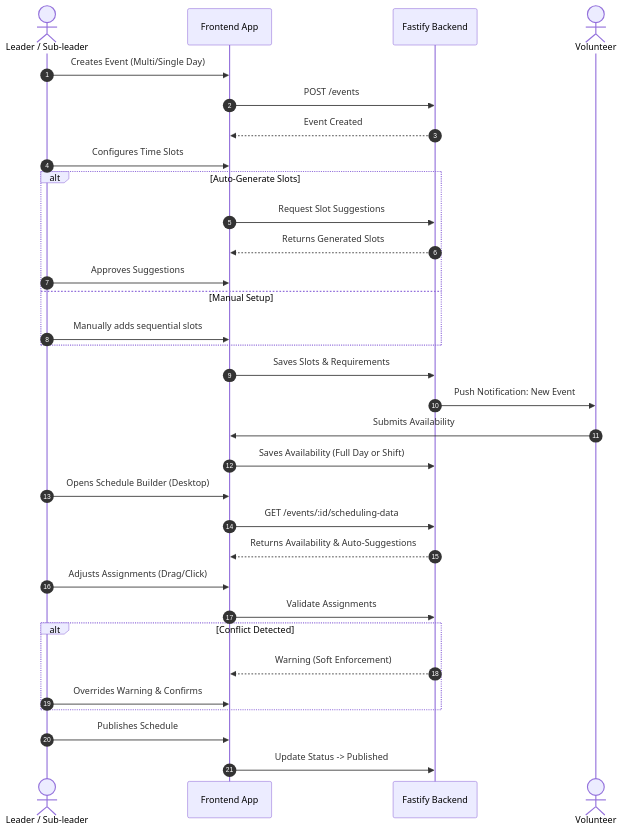
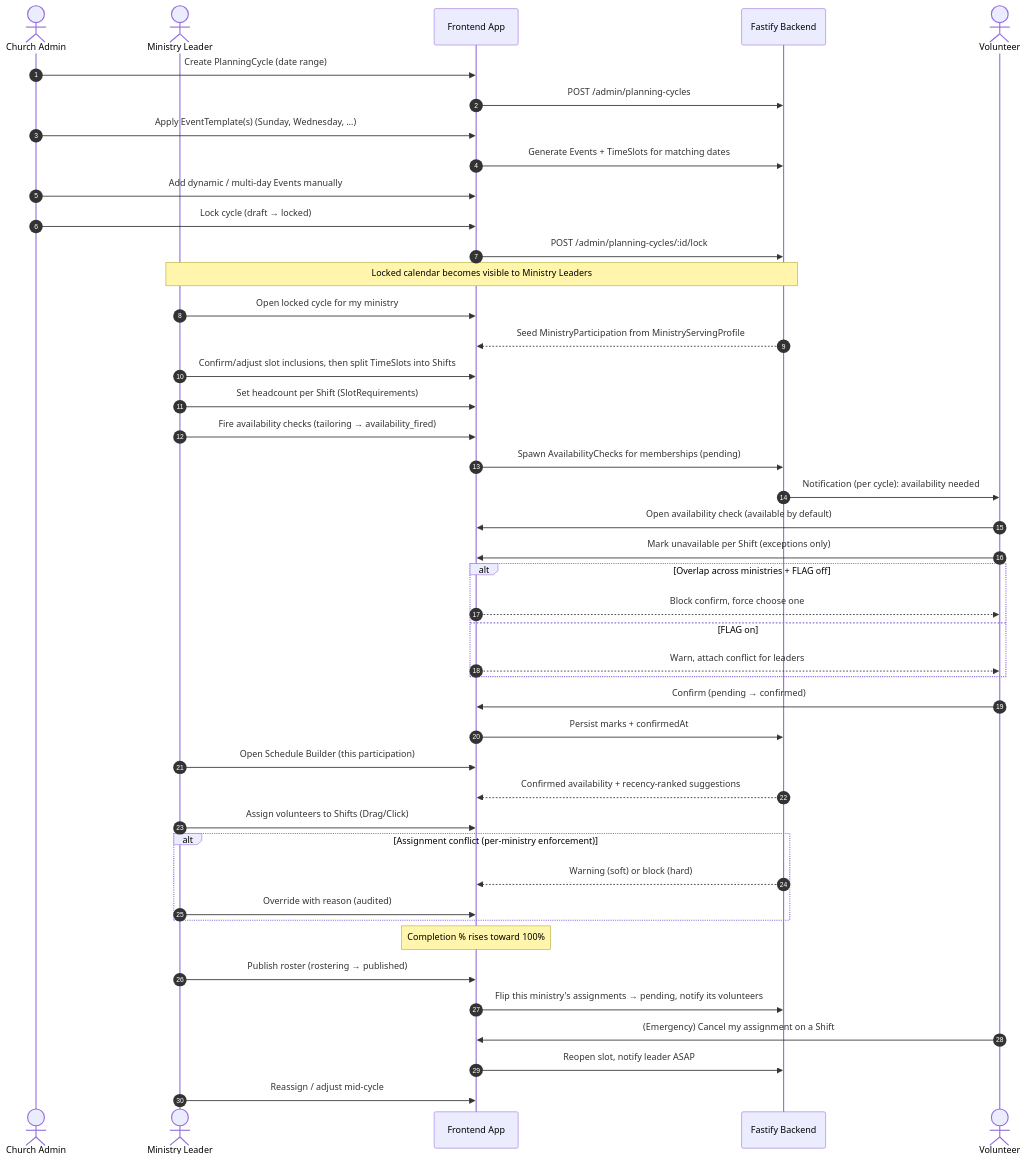
Before and after one commit to tiagoluizpoli/church: the diagram in manual-planning/0001-volunteer-scheduling/flowcharts/scheduling-process.md, drawn with Mermaid. The commit also changed other lines of this file and 33 other files, not shown here.

First line of the commit message:
docs(root): specify scheduling reshape (017) and align planning docs

````diff
--- a/manual-planning/0001-volunteer-scheduling/flowcharts/scheduling-process.md
+++ b/manual-planning/0001-volunteer-scheduling/flowcharts/scheduling-process.md
@@ -3,43 +5,56 @@
 ```mermaid
 sequenceDiagram
     autonumber
-    actor L as Leader / Sub-leader
+    actor A as Church Admin
+    actor L as Ministry Leader
     participant UI as Frontend App
     participant API as Fastify Backend
     actor V as Volunteer
 
-    %% Event Creation Phase
-    L->>UI: Creates Event (Multi/Single Day)
-    UI->>API: POST /events
-    API-->>UI: Event Created
-    
-    L->>UI: Configures Time Slots
-    alt Auto-Generate Slots
-        UI->>API: Request Slot Suggestions
-        API-->>UI: Returns Generated Slots
-        L->>UI: Approves Suggestions
-    else Manual Setup
-        L->>UI: Manually adds sequential slots
+    %% Phase 1 — Church Admin builds the cycle
+    A->>UI: Create PlanningCycle (date range)
+    UI->>API: POST /admin/planning-cycles
+    A->>UI: Apply EventTemplate(s) (Sunday, Wednesday, …)
+    UI->>API: Generate Events + TimeSlots for matching dates
+    A->>UI: Add dynamic / multi-day Events manually
+    A->>UI: Lock cycle (draft → locked)
+    UI->>API: POST /admin/planning-cycles/:id/lock
+    Note over API,L: Locked calendar becomes visible to Ministry Leaders
+
+    %% Phase 2 — Ministry Leader tailors participation
+    L->>UI: Open locked cycle for my ministry
+    API-->>UI: Seed MinistryParticipation from MinistryServingProfile
+    L->>UI: Confirm/adjust slot inclusions, then split TimeSlots into Shifts
+    L->>UI: Set headcount per Shift (SlotRequirements)
+    L->>UI: Fire availability checks (tailoring → availability_fired)
+    UI->>API: Spawn AvailabilityChecks for memberships (pending)
+    API->>V: Notification (per cycle): availability needed
+
+    %% Phase 3 — Volunteer availability
+    V->>UI: Open availability check (available by default)
+    V->>UI: Mark unavailable per Shift (exceptions only)
+    alt Overlap across ministries + FLAG off
+        UI-->>V: Block confirm, force choose one
+    else FLAG on
+        UI-->>V: Warn, attach conflict for leaders
     end
-    UI->>API: Saves Slots & Requirements
-    
-    %% Volunteer Phase
-    API->>V: Push Notification: New Event
-    V->>UI: Submits Availability
-    UI->>API: Saves Availability (Full Day or Shift)
-    
-    %% Scheduling Phase
-    L->>UI: Opens Schedule Builder (Desktop)
-    UI->>API: GET /events/:id/scheduling-data
-    API-->>UI: Returns Availability & Auto-Suggestions
-    L->>UI: Adjusts Assignments (Drag/Click)
-    
-    UI->>API: Validate Assignments
-    alt Conflict Detected
-        API-->>UI: Warning (Soft Enforcement)
-        L->>UI: Overrides Warning & Confirms
+    V->>UI: Confirm (pending → confirmed)
+    UI->>API: Persist marks + confirmedAt
+
+    %% Phase 4 — Leader rosters + publishes
+    L->>UI: Open Schedule Builder (this participation)
+    API-->>UI: Confirmed availability + recency-ranked suggestions
+    L->>UI: Assign volunteers to Shifts (Drag/Click)
+    alt Assignment conflict (per-ministry enforcement)
+        API-->>UI: Warning (soft) or block (hard)
+        L->>UI: Override with reason (audited)
     end
-    
-    L->>UI: Publishes Schedule
-    UI->>API: Update Status -> Published
+    Note over UI: Completion % rises toward 100%
+    L->>UI: Publish roster (rostering → published)
+    UI->>API: Flip this ministry's assignments → pending, notify its volunteers
+
+    %% Phase 5 — Live execution
+    V->>UI: (Emergency) Cancel my assignment on a Shift
+    UI->>API: Reopen slot, notify leader ASAP
+    L->>UI: Reassign / adjust mid-cycle
 ```
````
